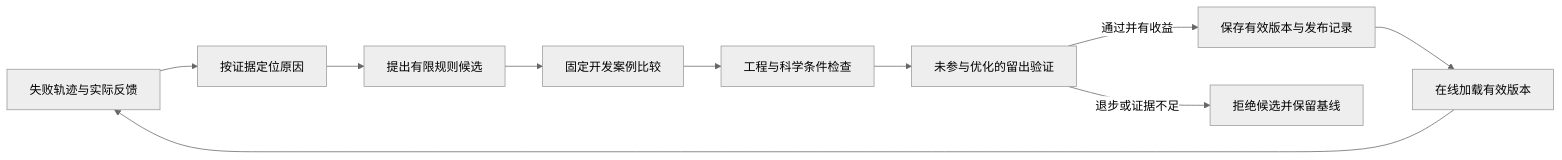
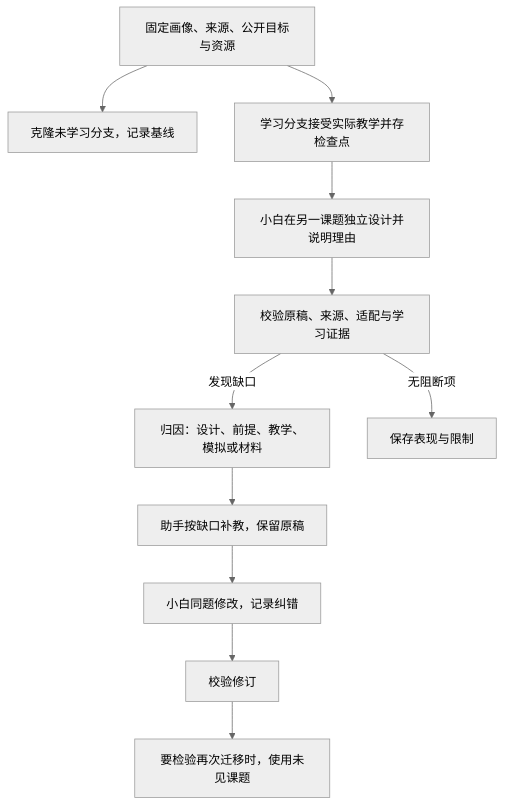
Before and after one commit to qiudaoyu0201/med-research-mentor: the second of 2 diagrams in docs/科研能力培养与三类Agent协作_整体落地方案.md, drawn with Mermaid (neutral theme). The commit also changed other lines of this file and 5 other files, not shown here.

````diff
--- a/docs/科研能力培养与三类Agent协作_整体落地方案.md
+++ b/docs/科研能力培养与三类Agent协作_整体落地方案.md
@@ -300,12 +257,13 @@
 ```mermaid
-flowchart LR
-  F[失败轨迹与实际反馈] --> D[按证据定位原因]
-  D --> P[提出有限规则候选]
-  P --> T[固定开发案例比较]
-  T --> G[工程与科学条件检查]
-  G --> H[未参与优化的留出验证]
-  H -->|通过并有收益| V[保存有效版本与发布记录]
-  H -->|退步或证据不足| X[拒绝候选并保留基线]
-  V --> O[在线加载有效版本]
-  O --> F
+flowchart TD
+  S[固定画像、来源、公开目标与资源] --> B[克隆未学习分支，记录基线]
+  S --> L[学习分支接受实际教学并存检查点]
+  L --> A[小白在另一课题独立设计并说明理由]
+  A --> V[校验原稿、来源、适配与学习证据]
+  V -->|发现缺口| D[归因：设计、前提、教学、模拟或材料]
+  D --> H[助手按缺口补教，保留原稿]
+  H --> R[小白同题修改，记录纠错]
+  R --> C[校验修订]
+  C --> N[要检验再次迁移时，使用未见课题]
+  V -->|无阻断项| P[保存表现与限制]
 ```
````
